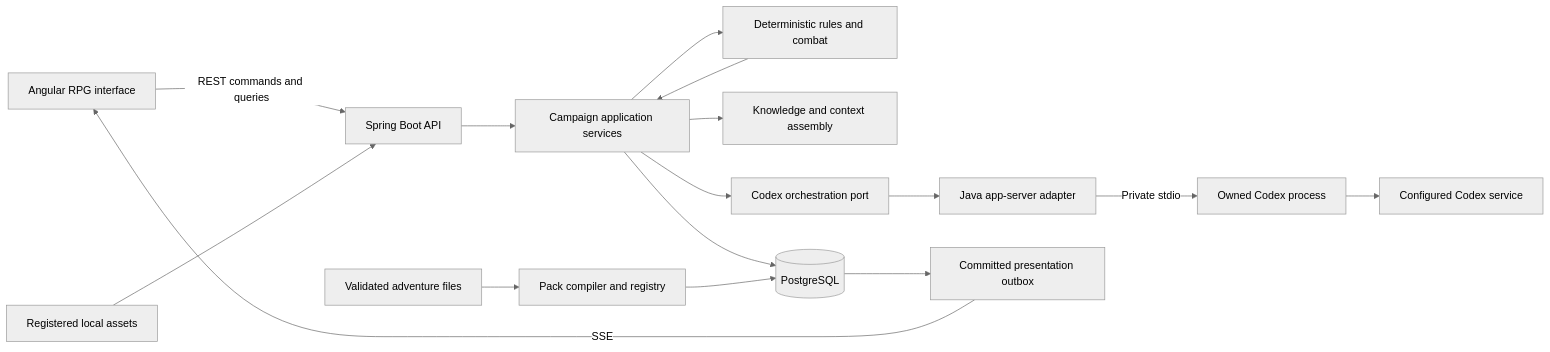
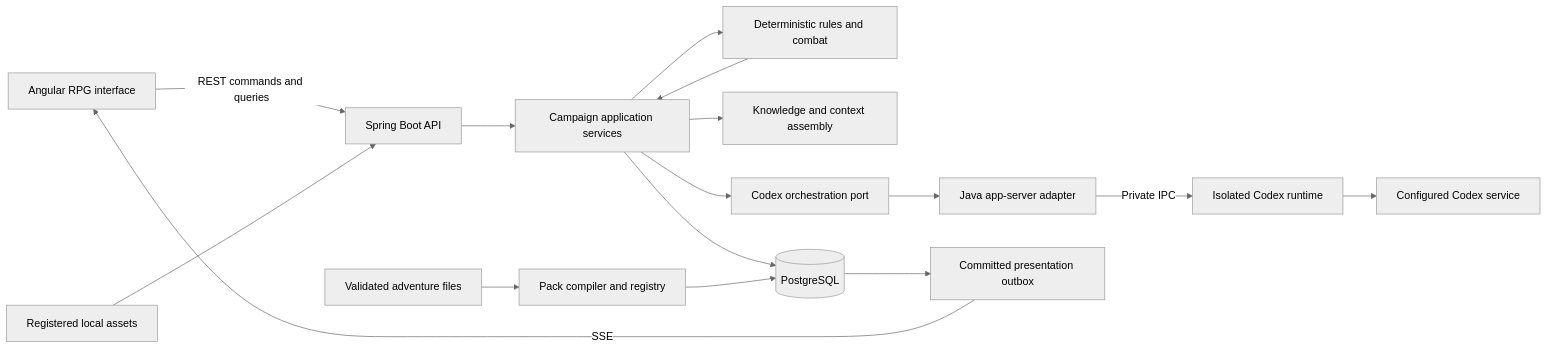
The diagram in docs/04-architecture.md (AjimuZ/ai-rpg-engine), drawn with Mermaid (neutral theme) before and after one commit. The commit also changed other lines of this file and 15 other files, not shown here.

````diff
--- a/docs/04-architecture.md
+++ b/docs/04-architecture.md
@@ -9,18 +9,18 @@
 ```mermaid
 flowchart LR
     UI[Angular RPG interface] -->|REST commands and queries| API[Spring Boot API]
     API --> APP[Campaign application services]
     APP --> RULES[Deterministic rules and combat]
     APP --> MEMORY[Knowledge and context assembly]
     APP --> AI[Codex orchestration port]
     AI --> BRIDGE[Java app-server adapter]
-    BRIDGE -->|Private stdio| CODEX[Owned Codex process]
+    BRIDGE -->|Private IPC| CODEX[Isolated Codex runtime]
     CODEX --> SERVICE[Configured Codex service]
     APP --> DB[(PostgreSQL)]
     RULES --> APP
     DB --> OUTBOX[Committed presentation outbox]
     OUTBOX -->|SSE| UI
     PACK[Validated adventure files] --> IMPORT[Pack compiler and registry]
     IMPORT --> DB
     ASSETS[Registered local assets] --> API
 ```
````
